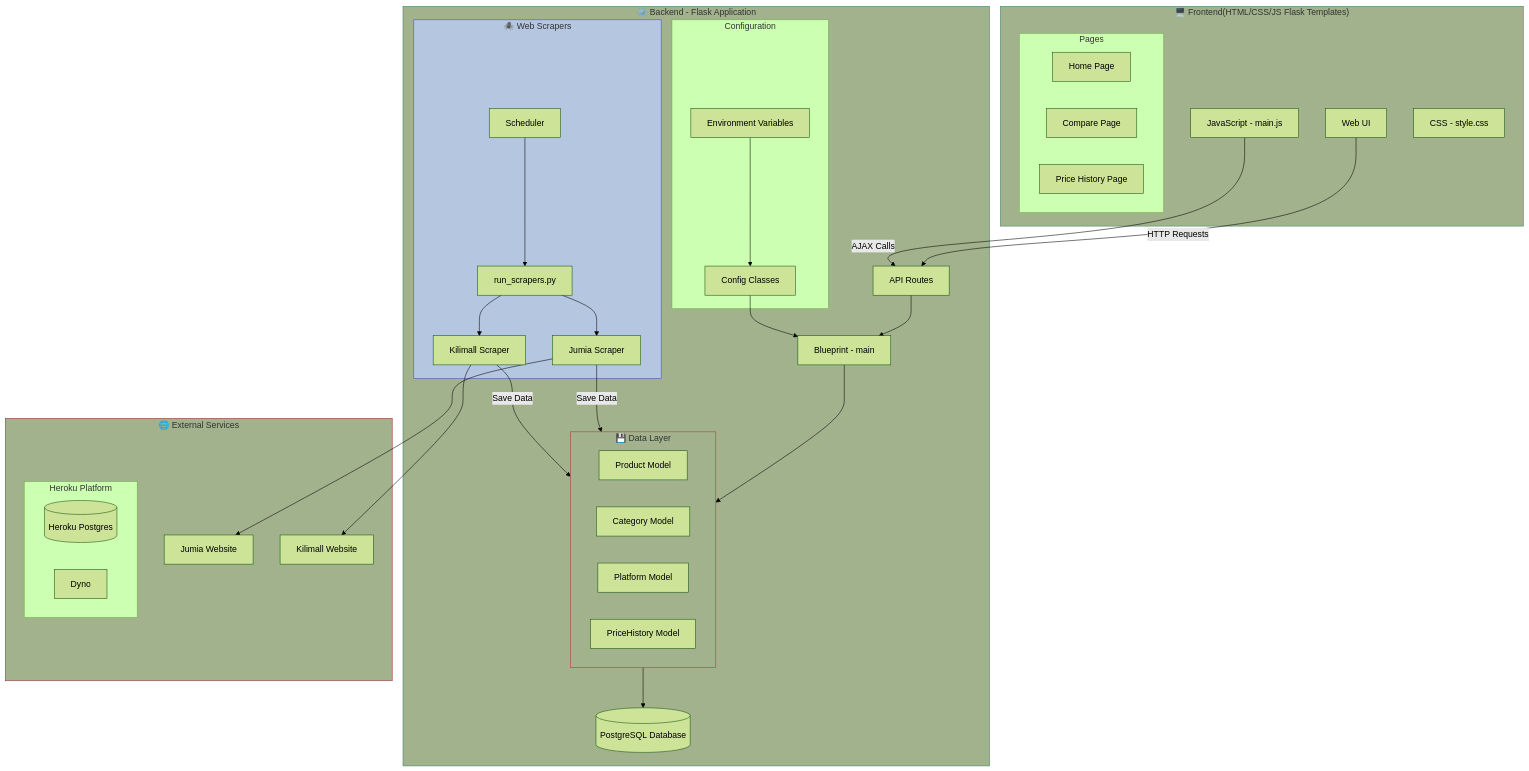
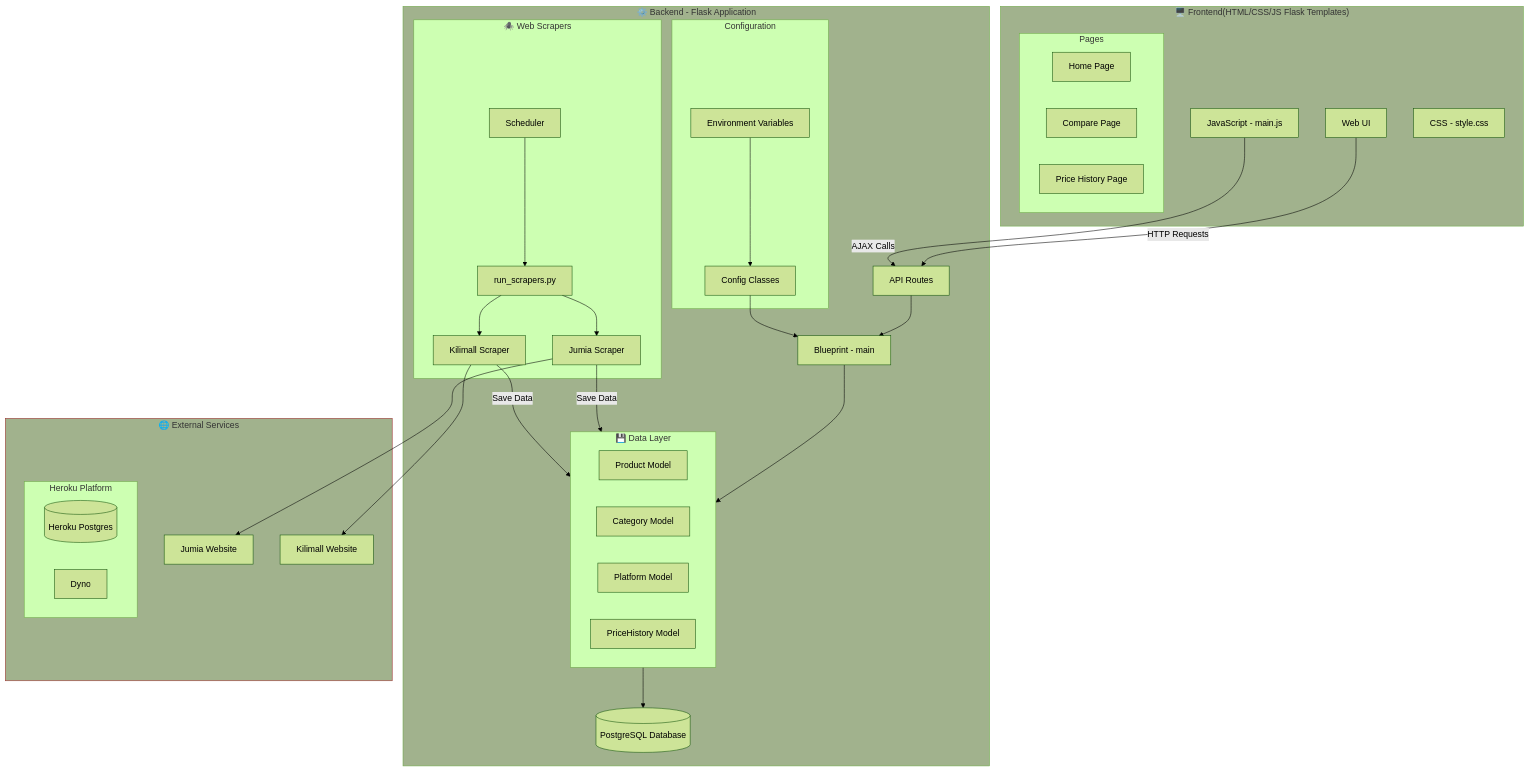
One commit to wawi-m/wpp-price_tracker changed the first of 2 diagrams in doc/architecture.md. Above: the diagram before and after it, drawn with Mermaid (forest theme).

Commit message:
doc done update

````diff
--- a/doc/architecture.md
+++ b/doc/architecture.md
@@ -7,75 +7,73 @@
 ```mermaid
 
 graph TB
     %% Frontend Components
     subgraph Frontend["🖥️ Frontend(HTML/CSS/JS Flask Templates)"]
-        style Frontend fill:#a1b28d,stroke:#3d8168
+        style Frontend fill:#a1b28d
         UI[Web UI]
         subgraph Pages[Pages]
             HP[Home Page]
             CP[Compare Page]
             PH[Price History Page]
         end
         JS[JavaScript - main.js]
         CSS[CSS - style.css]
     end
 
     %% Backend Components
     subgraph Backend["⚙️ Backend - Flask Application"]
-        style Backend fill:#a1b28d,stroke:#3d8168
+        style Backend fill:#a1b28d
         API[API Routes]
         BP[Blueprint - main]
         DB[(PostgreSQL Database)]
         
         subgraph Models["💾 Data Layer"]
-            style Models fill:#a1b28d,stroke:#c53030
             PM[Product Model]
             CM[Category Model]
             PLM[Platform Model]
             PH_M[PriceHistory Model]
         end
         
         subgraph Scrapers["🕷️ Web Scrapers"]
-            style Scrapers fill:#b5c6e0,stroke:#4c51bf
             JS_S[Jumia Scraper]
             KM_S[Kilimall Scraper]
             RS[run_scrapers.py]
             SC[Scheduler]
         end
 
         subgraph Config[Configuration]
             ENV[Environment Variables]
             CFG[Config Classes]
         end
     end
 
     %% External Services
     subgraph ExternalServices ["🌐 External Services"]
         style ExternalServices fill:#a1b28d,stroke:#9b2c2c
         JUM[Jumia Website]
         KIL[Kilimall Website]
         subgraph Heroku[Heroku Platform]
             HD[(Heroku Postgres)]
             DY[Dyno]
         end
     end
 
     %% Connections
     UI --> |HTTP Requests| API
     JS --> |AJAX Calls| API
     API --> BP
     BP --> Models
     Models --> DB
     
     RS --> JS_S
     RS --> KM_S
     JS_S --> JUM
     KM_S --> KIL
     
     JS_S --> |Save Data| Models
     KM_S --> |Save Data| Models
     
     SC --> RS
     ENV --> CFG
     CFG --> BP
 ```   
````
